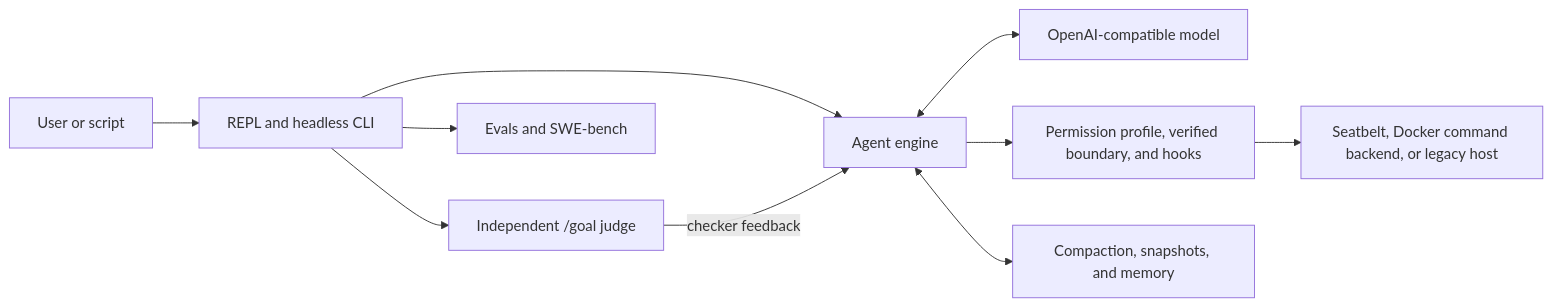
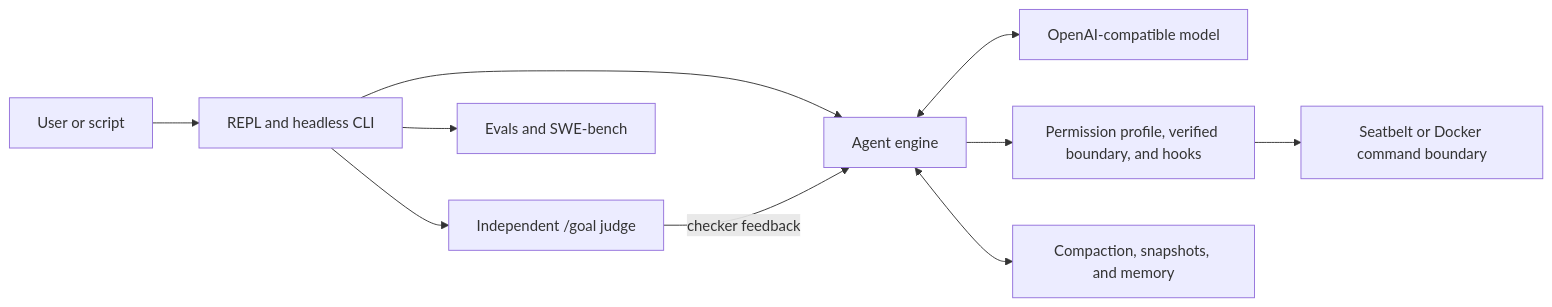
Before and after one commit to maisieyang/build-my-own-harness: the diagram in README.md, drawn with Mermaid. The commit also changed other lines of this file and 89 other files, not shown here.

````diff
--- a/README.md
+++ b/README.md
@@ -89,12 +89,12 @@
 ```mermaid
 flowchart LR
     U["User or script"] --> C["REPL and headless CLI"]
     C --> E["Agent engine"]
     E <--> M["OpenAI-compatible model"]
     E --> P["Permission profile, verified boundary, and hooks"]
-    P --> X["Seatbelt, Docker command backend, or legacy host"]
+    P --> X["Seatbelt or Docker command boundary"]
     E <--> S["Compaction, snapshots, and memory"]
     C --> V["Independent /goal judge"]
     V -->|"checker feedback"| E
     C --> O["Evals and SWE-bench"]
 ```
````
